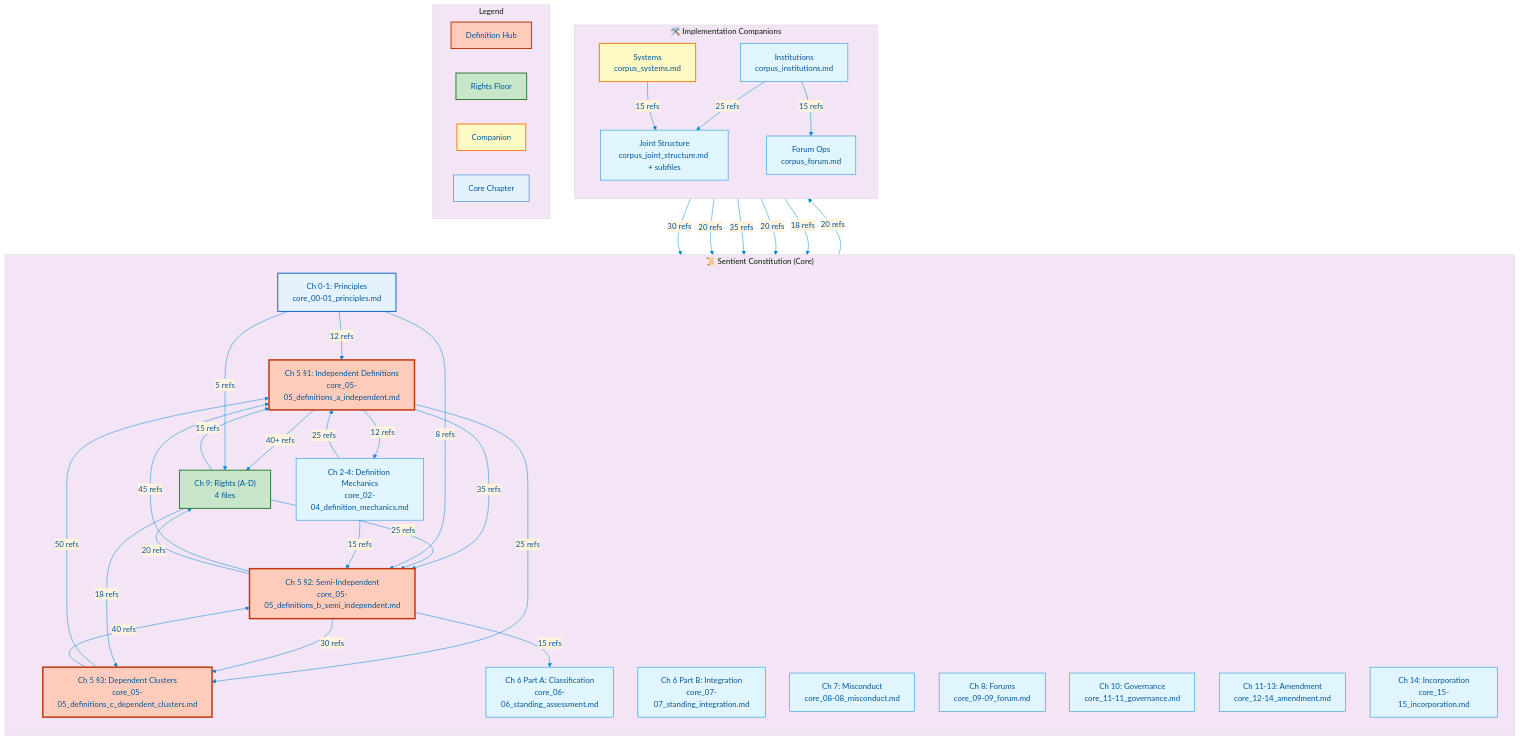
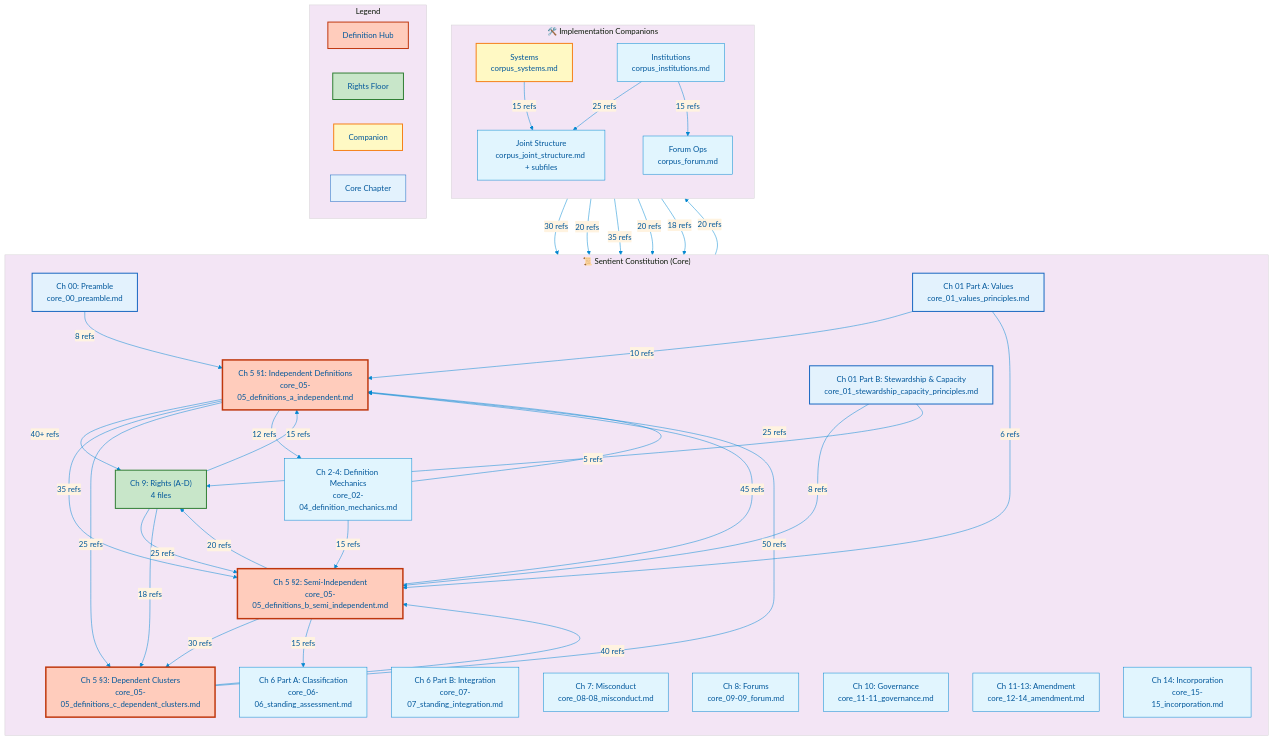
The diagram in ai_corpus/visualization/dependency_map.mmd (kfoelsch/Sentient_Constitution), drawn with Mermaid before and after one commit. The commit also changed 63 other files, not shown here.

```diff
--- a/ai_corpus/visualization/dependency_map.mmd
+++ b/ai_corpus/visualization/dependency_map.mmd
@@ -1,89 +1,95 @@
 %%{init: {'theme': 'base', 'themeVariables': { 'primaryColor': '#e1f5fe', 'primaryTextColor': '#01579b', 'primaryBorderColor': '#0288d1', 'lineColor': '#0288d1', 'secondaryColor': '#fff3e0', 'tertiaryColor': '#f3e5f5'}}}%%
 graph TB
     subgraph CoreConstitution["📜 Sentient Constitution (Core)"]
         direction TB
-        Ch01["Ch 0-1: Principles<br/>core_00-01_principles.md"]
+        Ch00["Ch 00: Preamble<br/>core_00_preamble.md"]
+        Ch01A["Ch 01 Part A: Values<br/>core_01_values_principles.md"]
+        Ch01B["Ch 01 Part B: Stewardship & Capacity<br/>core_01_stewardship_capacity_principles.md"]
         Ch02["Ch 2-4: Definition Mechanics<br/>core_02-04_definition_mechanics.md"]
         Ch05A["Ch 5 §1: Independent Definitions<br/>core_05-05_definitions_a_independent.md"]
         Ch05B["Ch 5 §2: Semi-Independent<br/>core_05-05_definitions_b_semi_independent.md"]
         Ch05C["Ch 5 §3: Dependent Clusters<br/>core_05-05_definitions_c_dependent_clusters.md"]
         Ch06A["Ch 6 Part A: Classification<br/>core_06-06_standing_assessment.md"]
         Ch06B["Ch 6 Part B: Integration<br/>core_07-07_standing_integration.md"]
         Ch07["Ch 7: Misconduct<br/>core_08-08_misconduct.md"]
         Ch08["Ch 8: Forums<br/>core_09-09_forum.md"]
         Ch09["Ch 9: Rights (A-D)<br/>4 files"]
         Ch10["Ch 10: Governance<br/>core_11-11_governance.md"]
         Ch1113["Ch 11-13: Amendment<br/>core_12-14_amendment.md"]
         Ch14["Ch 14: Incorporation<br/>core_15-15_incorporation.md"]
     end
 
     subgraph Companions["🛠️ Implementation Companions"]
         direction TB
         CS["Systems<br/>corpus_systems.md"]
         CI["Institutions<br/>corpus_institutions.md"]
         CF["Forum Ops<br/>corpus_forum.md"]
         CJS["Joint Structure<br/>corpus_joint_structure.md + subfiles"]
     end
 
     %% Cross-references: Chapter 5 definitions are the hub
     Ch05A -->|"40+ refs"| Ch09
     Ch05A -->|"35 refs"| Ch05B
     Ch05A -->|"25 refs"| Ch05C
     Ch05A -->|"20 refs"| CS
     Ch05A -->|"12 refs"| Ch02
 
     Ch05B -->|"45 refs"| Ch05A
     Ch05B -->|"30 refs"| Ch05C
     Ch05B -->|"20 refs"| Ch09
     Ch05B -->|"15 refs"| Ch06A
 
     Ch05C -->|"50 refs"| Ch05A
     Ch05C -->|"40 refs"| Ch05B
 
     %% Rights reference definitions heavily
     Ch09 -->|"15 refs"| Ch05A
     Ch09 -->|"25 refs"| Ch05B
     Ch09 -->|"18 refs"| Ch05C
 
     %% Systems companion is well-connected
     CS -->|"30 refs"| Ch05A
     CS -->|"20 refs"| Ch05B
     CS -->|"35 refs"| Ch09
     CS -->|"15 refs"| CJS
 
     %% Institutions companion connects
     CI -->|"20 refs"| Ch05B
     CI -->|"18 refs"| Ch09
     CI -->|"25 refs"| CJS
     CI -->|"15 refs"| CF
 
     %% Principles chapter spreads downstream
-    Ch01 -->|"12 refs"| Ch05A
-    Ch01 -->|"8 refs"| Ch05B
-    Ch01 -->|"5 refs"| Ch09
+    Ch00 -->|"8 refs"| Ch05A
+    Ch01A -->|"10 refs"| Ch05A
+    Ch01A -->|"6 refs"| Ch05B
+    Ch01B -->|"8 refs"| Ch05B
+    Ch01B -->|"5 refs"| Ch09
 
     %% Definition mechanics underpin everything
     Ch02 -->|"25 refs"| Ch05A
     Ch02 -->|"15 refs"| Ch05B
 
     %% Visual styling
     style Ch05A fill:#ffccbc,stroke:#bf360c,stroke-width:3px
     style Ch05B fill:#ffccbc,stroke:#bf360c,stroke-width:3px
     style Ch05C fill:#ffccbc,stroke:#bf360c,stroke-width:3px
     style Ch09 fill:#c8e6c9,stroke:#2e7d32,stroke-width:2px
     style CS fill:#fff9c4,stroke:#f57f17,stroke-width:2px
-    style Ch01 fill:#e3f2fd,stroke:#1565c0,stroke-width:2px
+    style Ch00 fill:#e3f2fd,stroke:#1565c0,stroke-width:2px
+    style Ch01A fill:#e3f2fd,stroke:#1565c0,stroke-width:2px
+    style Ch01B fill:#e3f2fd,stroke:#1565c0,stroke-width:2px
 
     %% Legend
     subgraph Legend["Legend"]
         direction LR
         L1["Definition Hub"]:::hub
         L2["Rights Floor"]:::rights
         L3["Companion"]:::companion
         L4["Core Chapter"]:::core
     end
 
     classDef hub fill:#ffccbc,stroke:#bf360c,stroke-width:2px
     classDef rights fill:#c8e6c9,stroke:#2e7d32,stroke-width:2px
     classDef companion fill:#fff9c4,stroke:#f57f17,stroke-width:2px
     classDef core fill:#e3f2fd,stroke:#1565c0,stroke-width:1px
```
